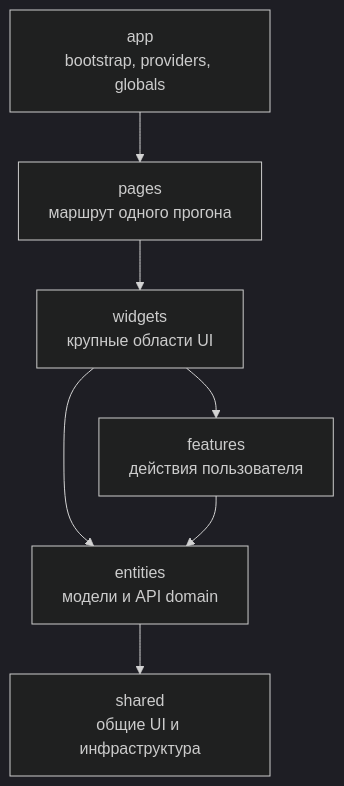
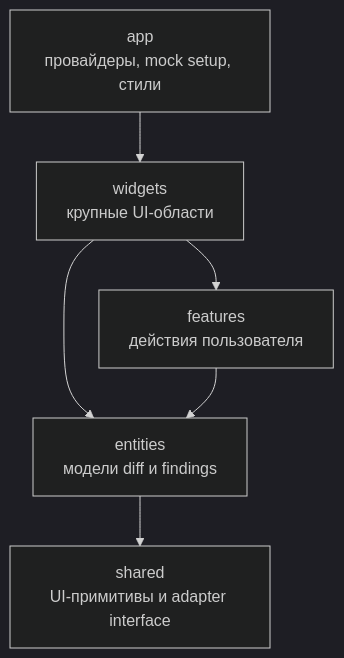
One commit to larchanka-training/dmc-268-ui-t1 changed the diagram in FRONTEND_ARCHITECTURE.md. Above: the diagram before and after it, drawn with Mermaid (dark theme). The commit also changed other lines of this file and 1 other file, not shown here.

````diff
--- a/FRONTEND_ARCHITECTURE.md
+++ b/FRONTEND_ARCHITECTURE.md
@@ -89,16 +86,14 @@
 ```mermaid
 flowchart TB
-  app[app\nbootstrap, providers, globals]
-  pages[pages\nмаршрут одного прогона]
-  widgets[widgets\nкрупные области UI]
+  app[app\nпровайдеры, mock setup, стили]
+  widgets[widgets\nкрупные UI-области]
   features[features\nдействия пользователя]
-  entities[entities\nмодели и API domain]
-  shared[shared\nобщие UI и инфраструктура]
+  entities[entities\nмодели diff и findings]
+  shared[shared\nUI-примитивы и adapter interface]
 
-  app --> pages
-  pages --> widgets
+  app --> widgets
   widgets --> features
   widgets --> entities
   features --> entities
   entities --> shared
 ```
````
